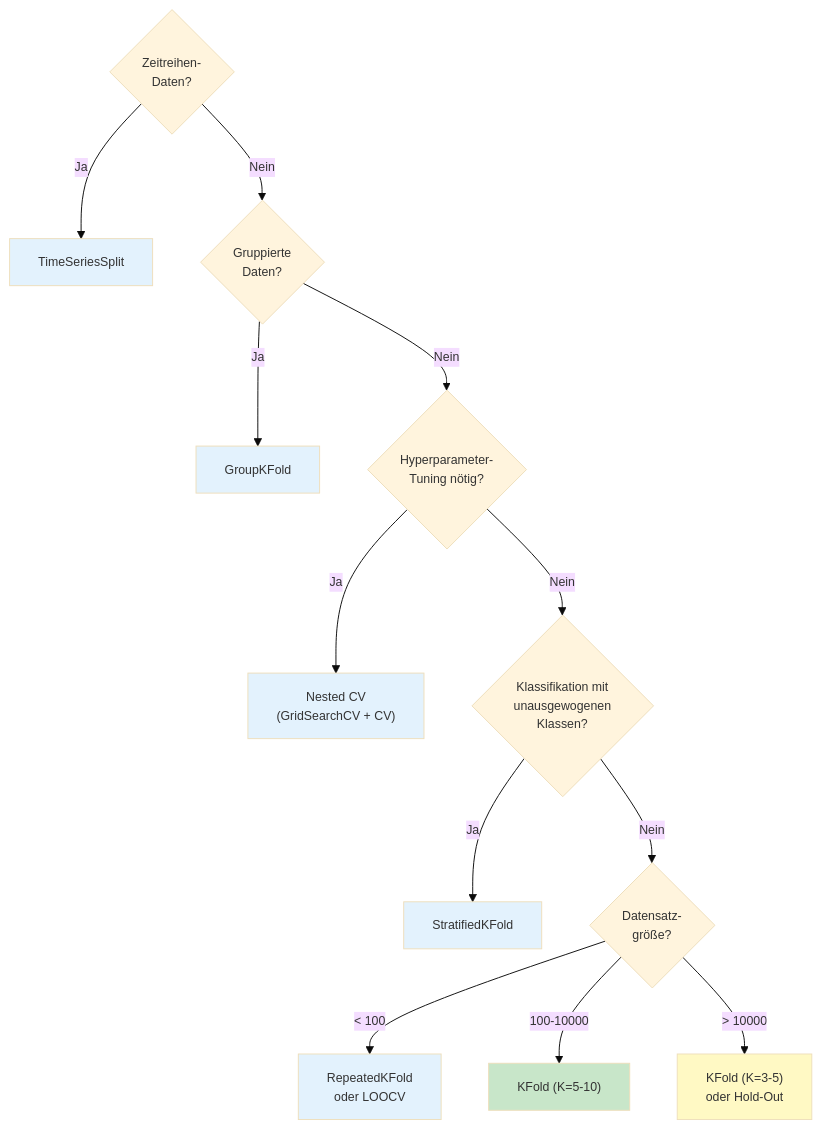
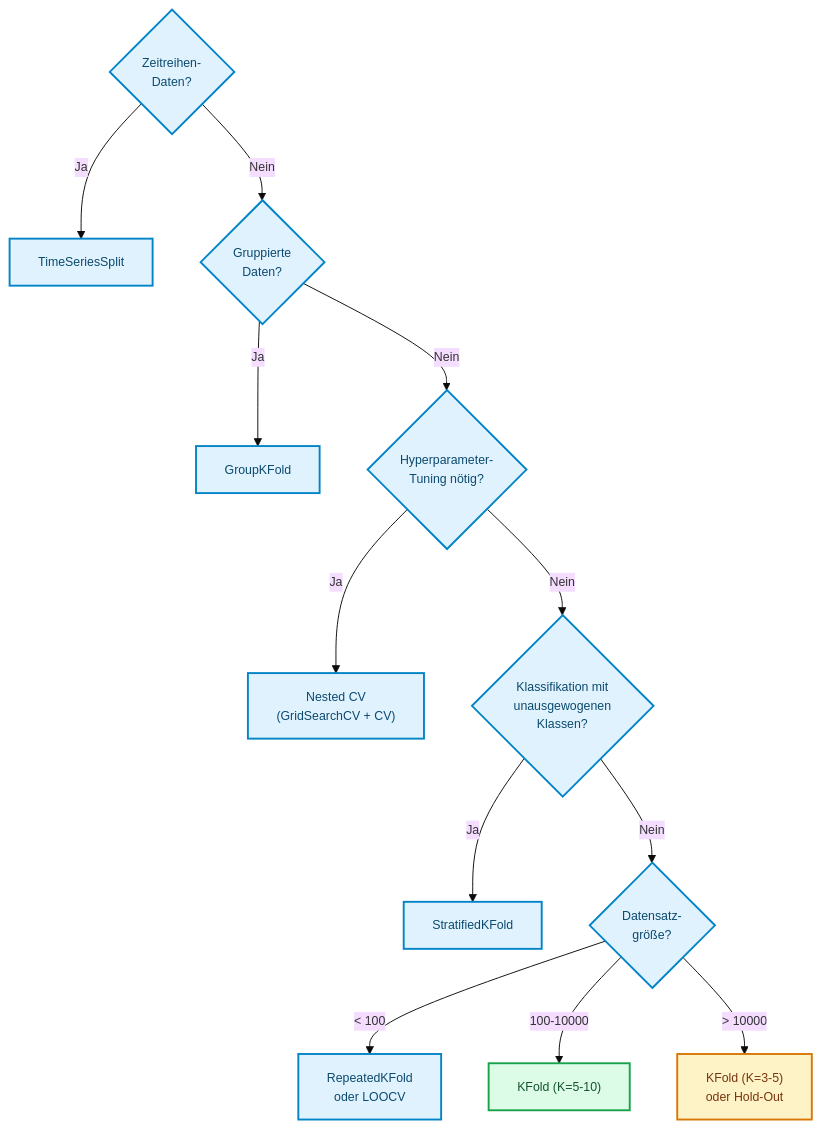
The ninth of 9 diagrams in docs/concepts/evaluate/cross_validation.md (ralf-42/ML_Intro), drawn with Mermaid before and after one commit. The commit also changed other lines of this file and 67 other files, not shown here.

````diff
--- a/docs/concepts/evaluate/cross_validation.md
+++ b/docs/concepts/evaluate/cross_validation.md
@@ -703,30 +700,28 @@
 ```mermaid
 
 %%{init: {'theme': 'base', 'themeVariables': {'fontSize': '13px'}}}%%
 
 flowchart TB
     Q1{Zeitreihen-<br/>Daten?}
     Q1 -->|Ja| A1["TimeSeriesSplit"]
     Q1 -->|Nein| Q2{Gruppierte<br/>Daten?}
     
     Q2 -->|Ja| A2["GroupKFold"]
     Q2 -->|Nein| Q3{Hyperparameter-<br/>Tuning nötig?}
     
     Q3 -->|Ja| A3["Nested CV<br/>(GridSearchCV + CV)"]
     Q3 -->|Nein| Q4{Klassifikation mit<br/>unausgewogenen<br/>Klassen?}
     
     Q4 -->|Ja| A4["StratifiedKFold"]
     Q4 -->|Nein| Q5{Datensatz-<br/>größe?}
     
     Q5 -->|"< 100"| A5["RepeatedKFold<br/>oder LOOCV"]
     Q5 -->|"100-10000"| A6["KFold (K=5-10)"]
     Q5 -->|"> 10000"| A7["KFold (K=3-5)<br/>oder Hold-Out"]
-    
-    style A1 fill:#e3f2fd
-    style A2 fill:#e3f2fd
-    style A3 fill:#e3f2fd
-    style A4 fill:#e3f2fd
-    style A5 fill:#e3f2fd
-    style A6 fill:#c8e6c9
-    style A7 fill:#fff9c4
+
+classDef default fill:#e0f2fe,stroke:#0284c7,stroke-width:2px,color:#0c4a6e;
+classDef metric fill:#fef3c7,stroke:#d97706,stroke-width:2px,color:#78350f;
+classDef output fill:#dcfce7,stroke:#16a34a,stroke-width:2px,color:#14532d;
+class A7 metric;
+class A6 output;
 ```
````
